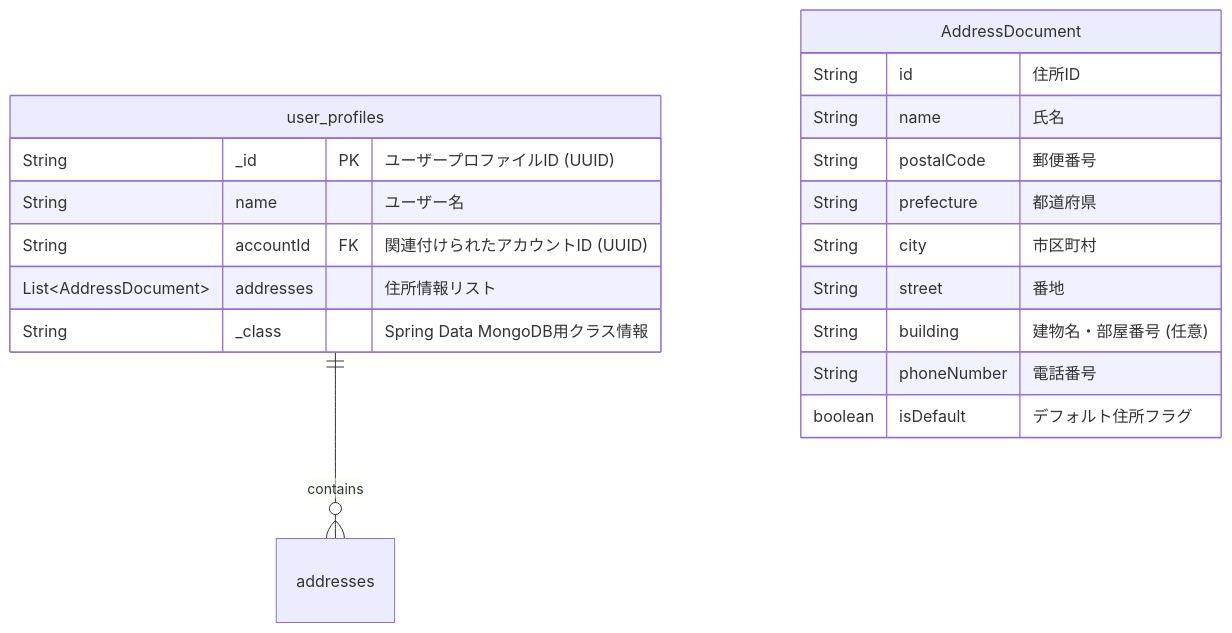
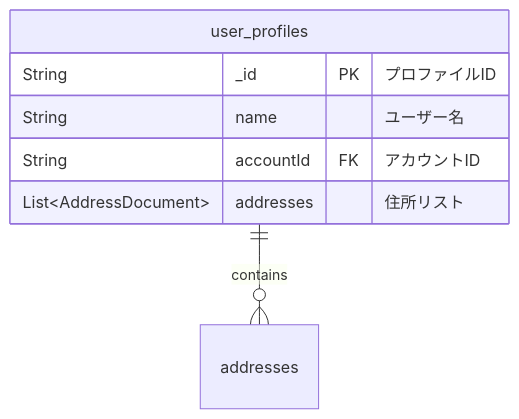
Before and after one commit to char5742/ecsite-sample-spring: the second of 2 diagrams in .roo/rules/09_DATABASE.md, drawn with Mermaid. The commit also changed other lines of this file and 15 other files, not shown here.

````diff
--- a/.roo/rules/09_DATABASE.md
+++ b/.roo/rules/09_DATABASE.md
@@ -65,24 +31,10 @@
 ```mermaid
 erDiagram
     user_profiles {
-        String _id PK "ユーザープロファイルID (UUID)"
+        String _id PK "プロファイルID"
         String name "ユーザー名"
-        String accountId FK "関連付けられたアカウントID (UUID)"
-        List~AddressDocument~ addresses "住所情報リスト"
-        String _class "Spring Data MongoDB用クラス情報"
+        String accountId FK "アカウントID"
+        List~AddressDocument~ addresses "住所リスト"
     }
-
-    AddressDocument {
-        String id "住所ID"
-        String name "氏名"
-        String postalCode "郵便番号"
-        String prefecture "都道府県"
-        String city "市区町村"
-        String street "番地"
-        String building "建物名・部屋番号 (任意)"
-        String phoneNumber "電話番号"
-        boolean isDefault "デフォルト住所フラグ"
-    }
-
     user_profiles ||--o{ addresses : contains
 ```
````
